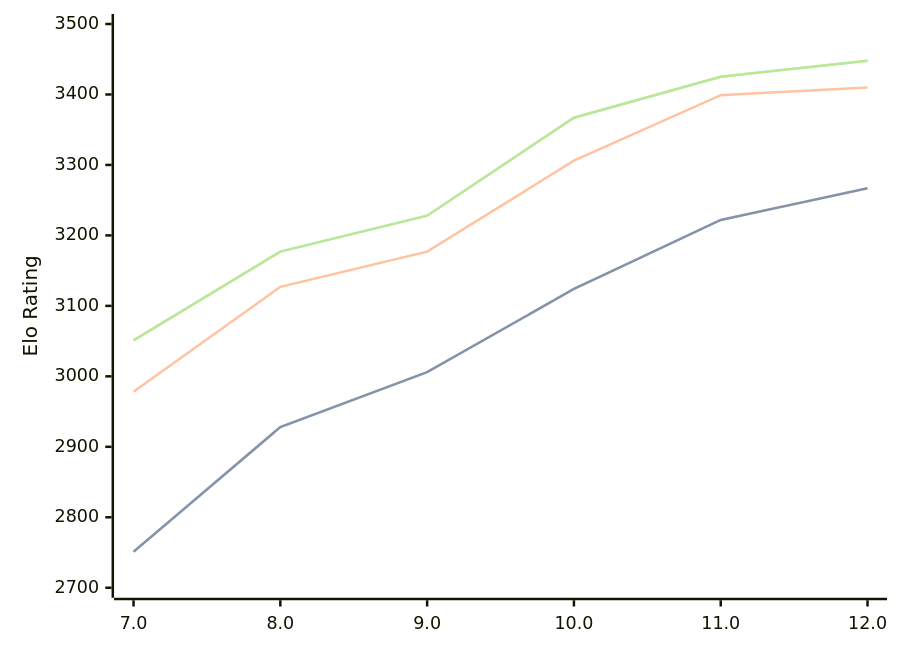
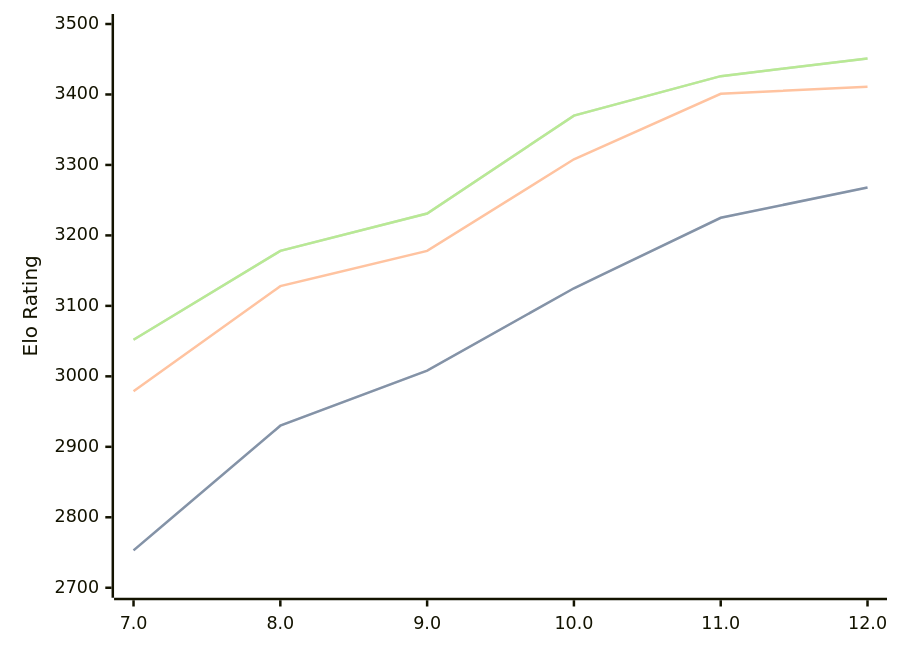
The diagram in engines/Tcheran.md (computer-chess-index/cci), drawn with Mermaid before and after one commit. The commit also changed other lines of this file, not shown here.

Commit message:
Update CCI Ratings (ELO VLTC) - 2026-06-11

````diff
--- a/engines/Tcheran.md
+++ b/engines/Tcheran.md
@@ -50,11 +50,11 @@
 ```mermaid
 %%{init: {"theme":"base","themeVariables":{"seriesColors:['#a3a3a3','#222221','#faa371']}}}%%
 xychart-beta
   x-axis ["7.0", "8.0", "9.0", "10.0", "11.0", "12.0"]
   y-axis "Elo Rating" 2700 --> 3500
-  line "STC (8.0+0.08s)" [2751, 2928, 3006, 3124, 3222, 3267]
-  line "STC (8.0+0.08s)" [2751, 2928, 3006, 3124, 3222, 3267]
-  line "LTC (60.0+0.60s)" [2978, 3127, 3177, 3306, 3399, 3410]
-  line "VLTC (2m24s+1.12s)" [3051, 3177, 3228, 3367, 3425, 3448]
-  line "VLTC (2m24s+1.12s)" [3051, 3177, 3228, 3367, 3425, 3448]
+  line "STC (8.0+0.08s)" [2753, 2930, 3008, 3125, 3225, 3268]
+  line "STC (8.0+0.08s)" [2753, 2930, 3008, 3125, 3225, 3268]
+  line "LTC (60.0+0.60s)" [2979, 3128, 3178, 3308, 3401, 3411]
+  line "VLTC (2m24s+1.12s)" [3052, 3178, 3231, 3370, 3426, 3451]
+  line "VLTC (2m24s+1.12s)" [3052, 3178, 3231, 3370, 3426, 3451]
 ```
````
